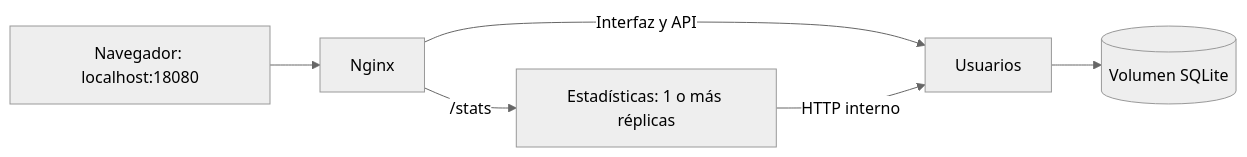
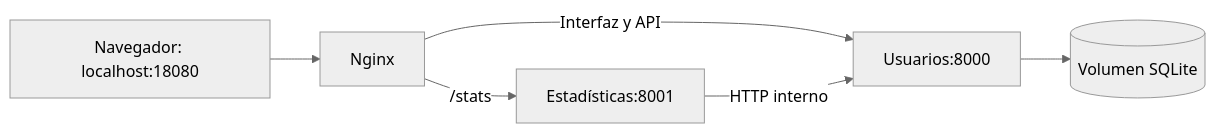
One commit to SebaOre/Devops_Ev-1 changed the diagram in README.md. Above: the diagram before and after it, drawn with Mermaid (neutral theme). The commit also changed other lines of this file and 18 other files, not shown here.

````diff
--- a/README.md
+++ b/README.md
@@ -21,8 +49,8 @@
 ```mermaid
 flowchart LR
     B[Navegador: localhost:18080] --> G[Nginx]
-    G -->|Interfaz y API| U[Usuarios]
-    G -->|/stats| E[Estadísticas: 1 o más réplicas]
+    G -->|Interfaz y API| U[Usuarios:8000]
+    G -->|/stats| E[Estadísticas:8001]
     E -->|HTTP interno| U
     U --> D[(Volumen SQLite)]
 ```
````
